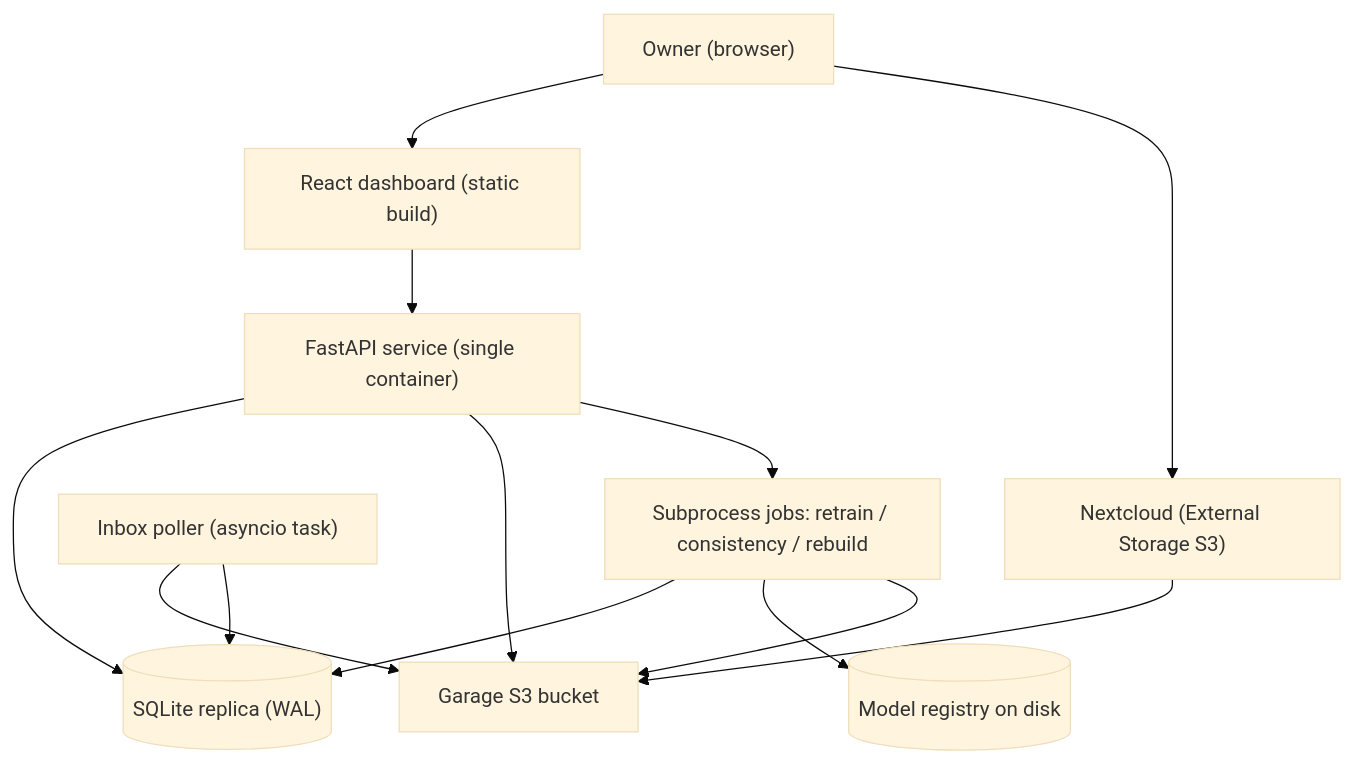
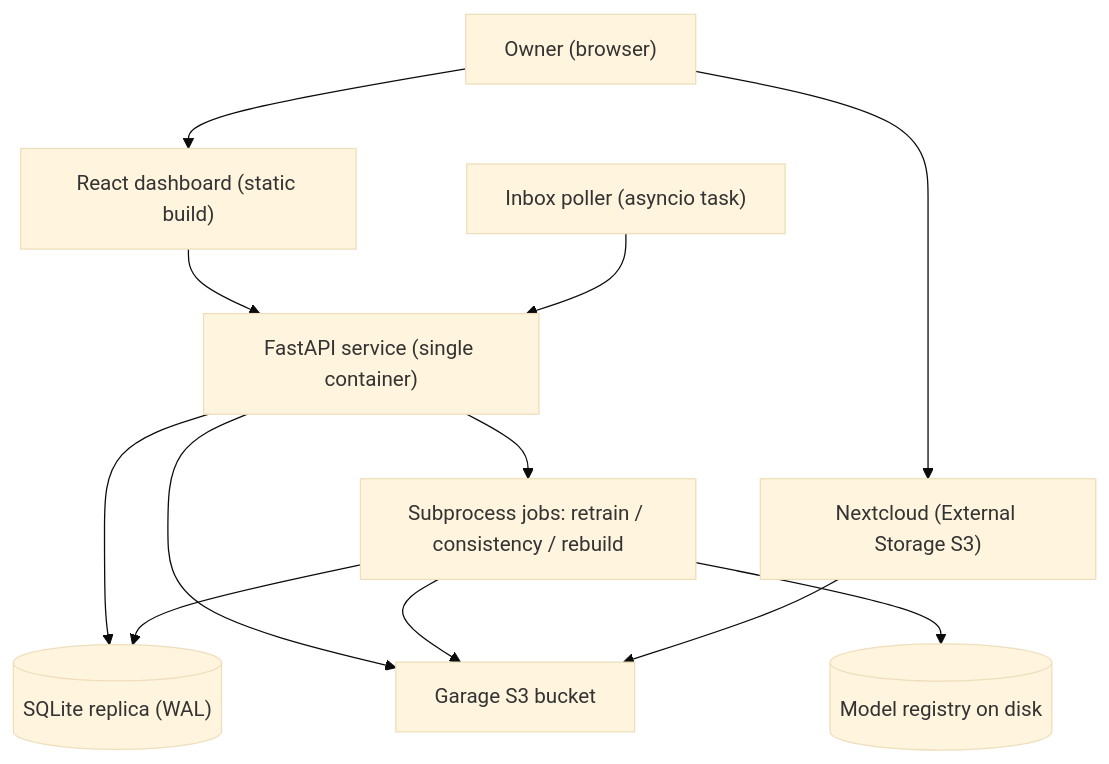
One commit to napnap75/multiarch-docker-images changed the first of 3 diagrams in automatic-pdf-renamer/arch.md. Above: the diagram before and after it, drawn with Mermaid (base theme). The commit also changed other lines of this file and 4 other files, not shown here.

````diff
--- a/automatic-pdf-renamer/arch.md
+++ b/automatic-pdf-renamer/arch.md
@@ -13,25 +13,24 @@
 ```mermaid
 flowchart TD
   nc["Nextcloud (External Storage S3)"]
   user["Owner (browser)"]
   dash["React dashboard (static build)"]
   api["FastAPI service (single container)"]
   poll["Inbox poller (asyncio task)"]
   s3["Garage S3 bucket"]
   db[("SQLite replica (WAL)")]
   worker["Subprocess jobs: retrain / consistency / rebuild"]
   model[("Model registry on disk")]
 
   user --> dash
   dash --> api
   api --> db
   api --> s3
   api --> worker
   worker --> db
   worker --> model
   worker --> s3
-  poll --> s3
-  poll --> db
+  poll --> api
   nc --> s3
   user --> nc
 ```
````
